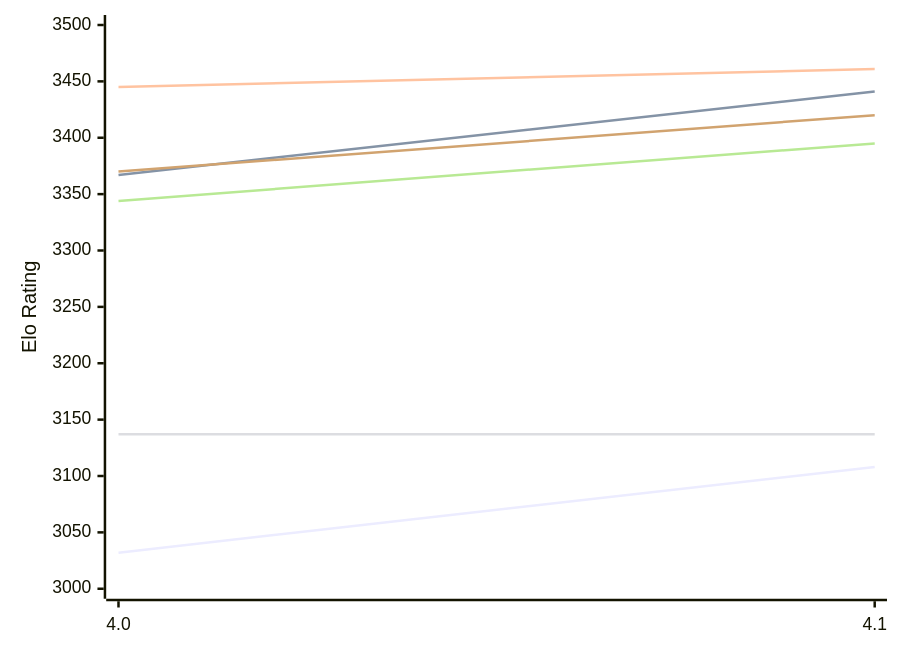
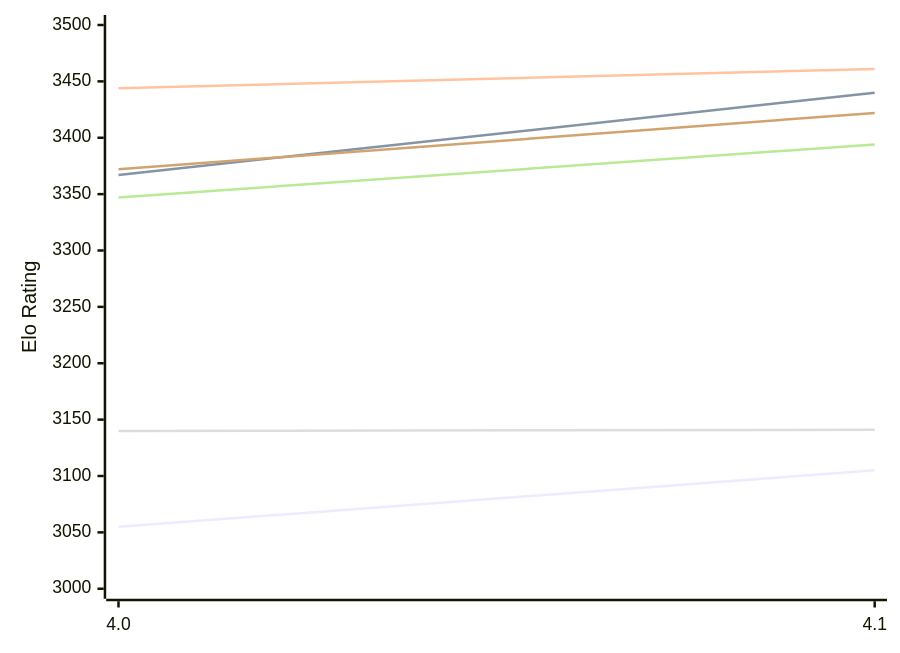
Before and after one commit to computer-chess-index/cci: the first of 2 diagrams in engines/Eleanor.md, drawn with Mermaid. The commit also changed other lines of this file, not shown here.

Commit message:
Update CCI Ratings (ELO VLTC) - 2026-11-24

````diff
--- a/engines/Eleanor.md
+++ b/engines/Eleanor.md
@@ -51,12 +51,12 @@
 ```mermaid
 %%{init: {"theme":"base","themeVariables":{"seriesColors:['#a3a3a3','#222221','#faa371']}}}%%
 xychart-beta
   x-axis ["4.0", "4.1"]
   y-axis "Elo Rating" 3000 --> 3500
-  line "E1: STC (8.0+0.08s)" [3032, 3108]
-  line "E1: LTC (60.0+0.60s)" [3367, 3441]
-  line "E1: VLTC (2m24s+1.12s)" [3445, 3461]
-  line "P1: STC (8.0+0.08s)" [3137, 3137]
-  line "P1: LTC (60.0+0.60s)" [3344, 3395]
-  line "P1: VLTC (2m24s+1.12s)" [3370, 3420]
+  line "E1: STC (8.0+0.08s)" [3055, 3105]
+  line "E1: LTC (60.0+0.60s)" [3367, 3440]
+  line "E1: VLTC (2m24s+1.12s)" [3444, 3461]
+  line "P1: STC (8.0+0.08s)" [3140, 3141]
+  line "P1: LTC (60.0+0.60s)" [3347, 3394]
+  line "P1: VLTC (2m24s+1.12s)" [3372, 3422]
 ```
````
